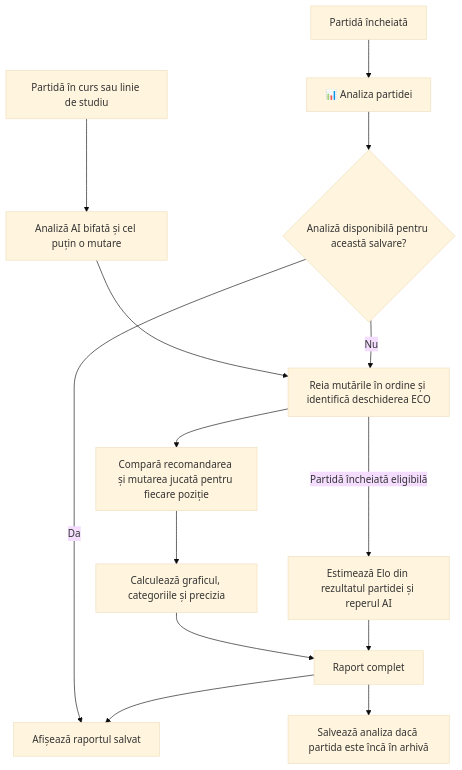
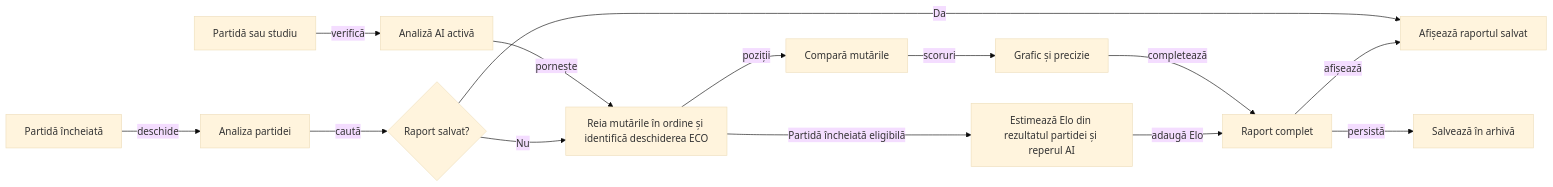
Before and after one commit to crististefanita/atf_j7: the first of 4 diagrams in docs/board/game-review.md, drawn with Mermaid (base theme). The commit also changed other lines of this file and 39 other files, not shown here.

````diff
--- a/docs/board/game-review.md
+++ b/docs/board/game-review.md
@@ -7,16 +7,16 @@
 ```mermaid
-flowchart TD
-    A["Partidă încheiată"] --> B["📊 Analiza partidei"]
-    K["Partidă în curs sau linie de studiu"] --> L["Analiză AI bifată și cel puțin o mutare"]
-    L --> E
-    B --> C{"Analiză disponibilă pentru această salvare?"}
+flowchart LR
+    A["Partidă încheiată"] -->|deschide| B["Analiza partidei"]
+    K["Partidă sau studiu"] -->|verifică| L["Analiză AI activă"]
+    L -->|pornește| E
+    B -->|caută| C{"Raport salvat?"}
     C -->|Da| D["Afișează raportul salvat"]
     C -->|Nu| E["Reia mutările în ordine și identifică deschiderea ECO"]
-    E --> F["Compară recomandarea și mutarea jucată pentru fiecare poziție"]
-    F --> G["Calculează graficul, categoriile și precizia"]
+    E -->|poziții| F["Compară mutările"]
+    F -->|scoruri| G["Grafic și precizie"]
     E -->|"Partidă încheiată eligibilă"| H["Estimează Elo din rezultatul partidei și reperul AI"]
-    G --> I["Raport complet"]
-    H --> I
-    I --> J["Salvează analiza dacă partida este încă în arhivă"]
-    I --> D
+    G -->|completează| I["Raport complet"]
+    H -->|adaugă Elo| I
+    I -->|persistă| J["Salvează în arhivă"]
+    I -->|afișează| D
 ```
````
